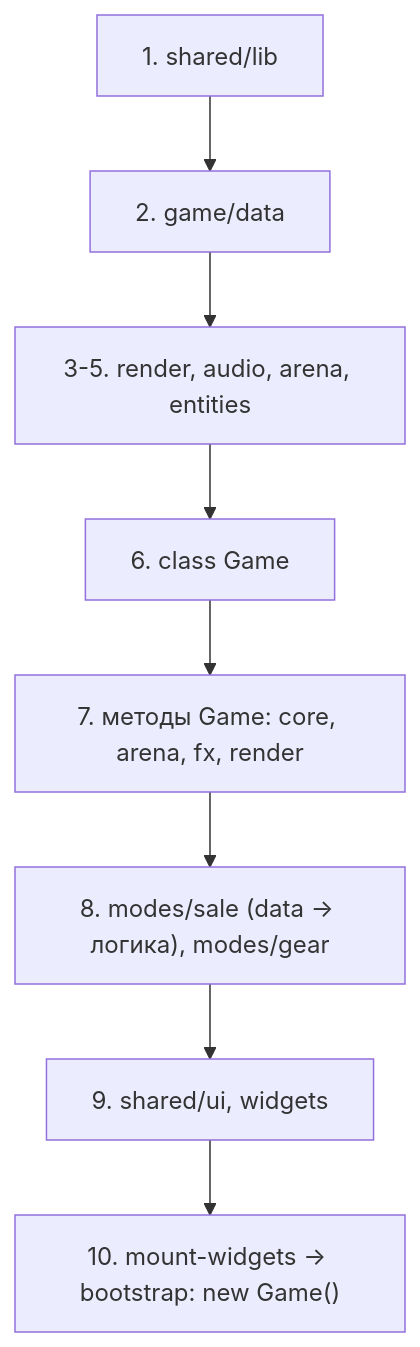
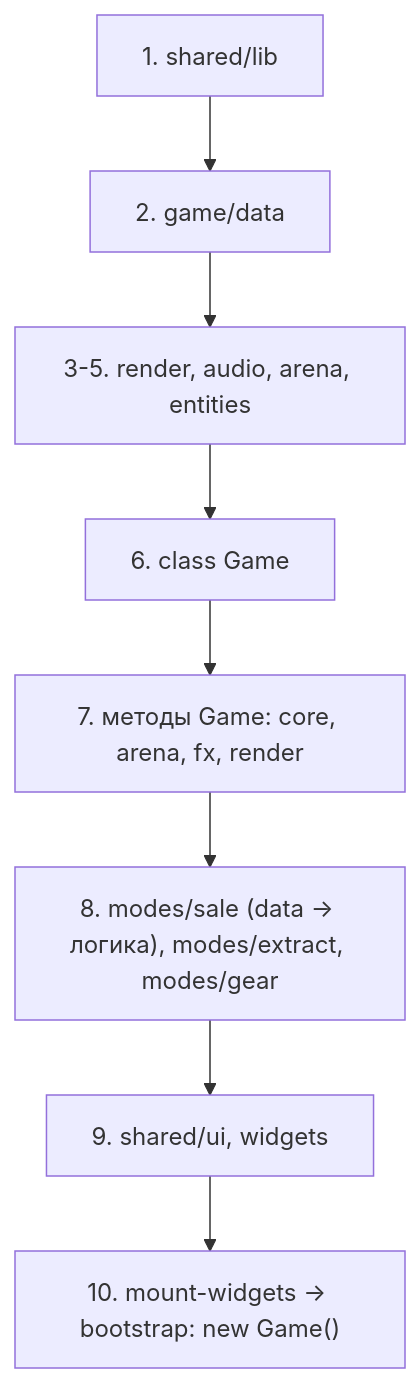
One commit to rozhokserega-lang/consultant-game changed the diagram in docs/ARCHITECTURE.md. Above: the diagram before and after it, drawn with Mermaid. The commit also changed other lines of this file and 34 other files, not shown here.

````diff
--- a/docs/ARCHITECTURE.md
+++ b/docs/ARCHITECTURE.md
@@ -88,10 +88,10 @@
 ```mermaid
 flowchart TD
   T1["1. shared/lib"] --> T2["2. game/data"]
   T2 --> T3["3-5. render, audio, arena, entities"]
   T3 --> T4["6. class Game"]
   T4 --> T5["7. методы Game: core, arena, fx, render"]
-  T5 --> T6["8. modes/sale (data → логика), modes/gear"]
+  T5 --> T6["8. modes/sale (data → логика), modes/extract, modes/gear"]
   T6 --> T7["9. shared/ui, widgets"]
   T7 --> T8["10. mount-widgets → bootstrap: new Game()"]
 ```
````
